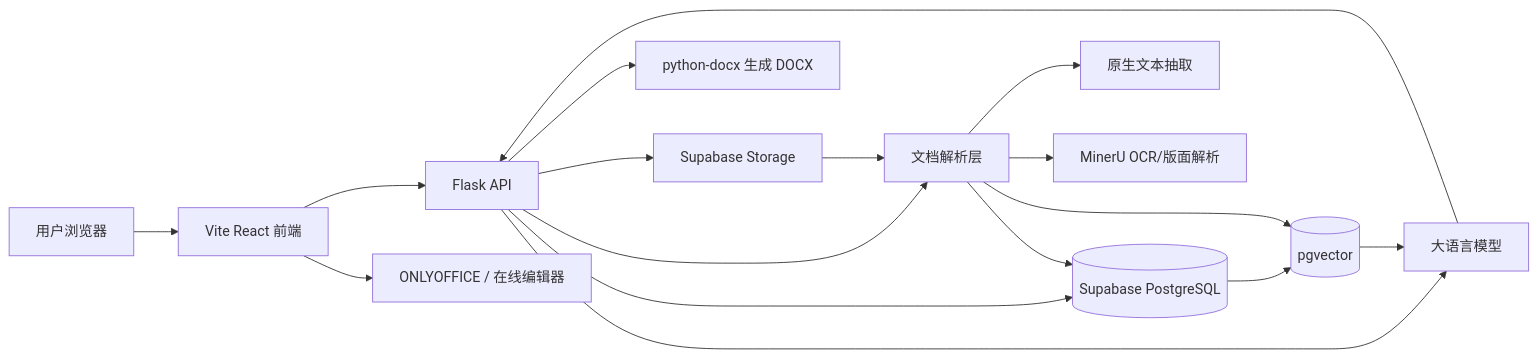
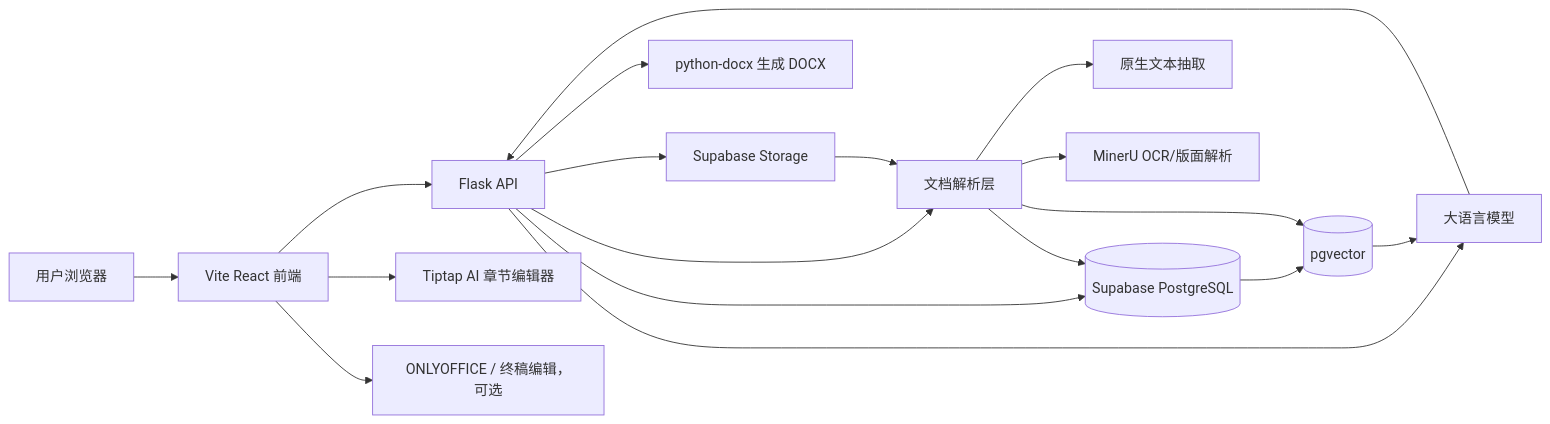
The first of 4 diagrams in README.md (sunShineLoveMe/ai_bidding_hubei), drawn with Mermaid before and after one commit. The commit also changed other lines of this file and 7 other files, not shown here.

````diff
--- a/README.md
+++ b/README.md
@@ -61,23 +63,24 @@
 ```mermaid
 flowchart LR
     U[用户浏览器] --> FE[Vite React 前端]
     FE --> API[Flask API]
 
     API --> Storage[Supabase Storage]
     API --> DB[(Supabase PostgreSQL)]
     DB --> Vec[(pgvector)]
 
     API --> Parser[文档解析层]
     Parser --> Native[原生文本抽取]
     Parser --> MinerU[MinerU OCR/版面解析]
 
     API --> LLM[大语言模型]
     API --> Docx[python-docx 生成 DOCX]
-    FE --> Office[ONLYOFFICE / 在线编辑器]
+    FE --> Tiptap[Tiptap AI 章节编辑器]
+    FE --> Office[ONLYOFFICE / 终稿编辑，可选]
 
     Storage --> Parser
     Parser --> DB
     Parser --> Vec
     Vec --> LLM
     LLM --> API
 ```
````
